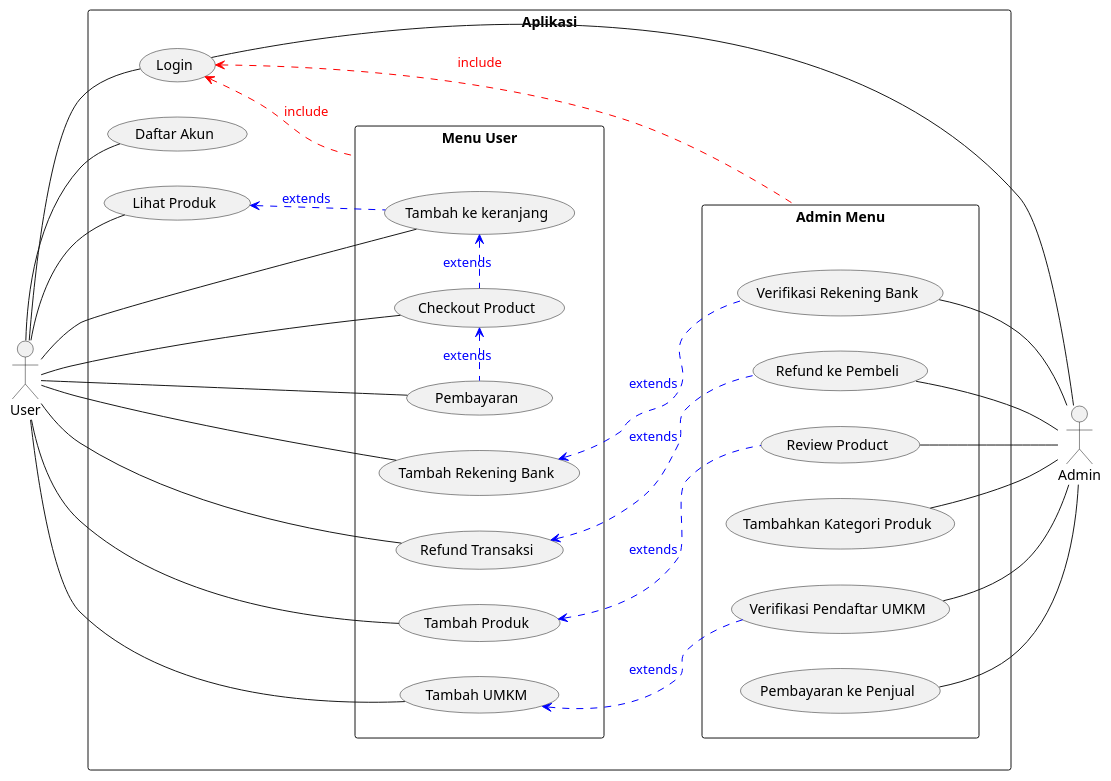
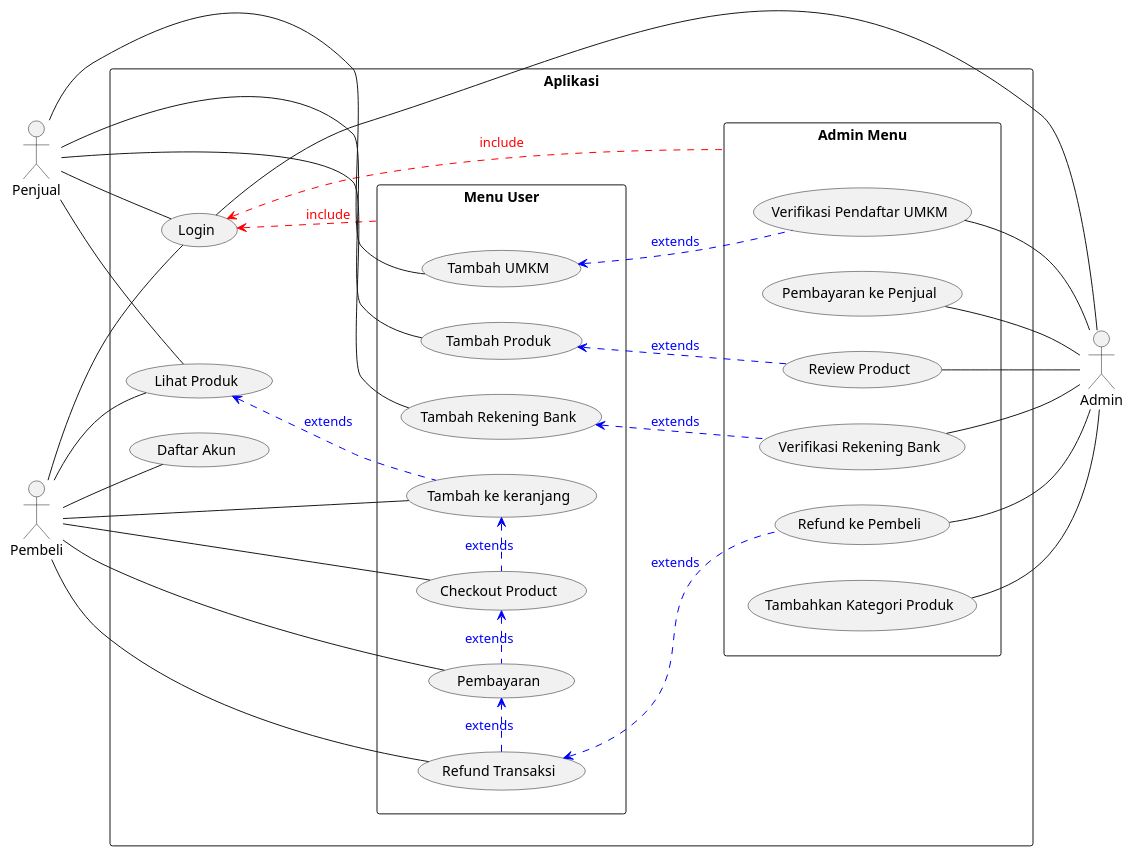
One commit to vithiaz/ecomm_UMKM_tomohon changed the diagram in diagrams/use_case.puml. Above: the diagram before and after it, drawn with PlantUML. The commit also changed 8 other files, not shown here.

```diff
--- a/diagrams/use_case.puml
+++ b/diagrams/use_case.puml
@@ -1,78 +1,82 @@
 @startuml
 
 left to right direction
 skinparam PackageStyle recangle
 
-actor User
+actor "Pembeli" as User
 actor Admin
-
+actor "Penjual" as Buyer
 
 rectangle "Aplikasi" as app {
 
     rectangle "Admin Menu" as admin_menu {
         usecase "Tambahkan Kategori Produk" as addProductCategory
         usecase "Verifikasi Pendaftar UMKM" as verifyUmkmRegistration
         usecase "Verifikasi Rekening Bank" as verifyBankAccount
         usecase "Review Product" as reviewProduct
         usecase "Pembayaran ke Penjual" as paymentToSeller
         usecase "Refund ke Pembeli" as refundToBuyer
     }
 
-    usecase Login
 
     rectangle "Menu User" as user_menu {
         usecase "Tambah ke keranjang" as addToCart
         usecase "Checkout Product" as checkoutProduct
         usecase "Pembayaran" as userPayment
         usecase "Tambah Produk" as addProduct
         usecase "Tambah UMKM" as addUMKM
         usecase "Tambah Rekening Bank" as addBankAccount
         usecase "Refund Transaksi" as refundTransaction
     }
 
+    usecase Login
     usecase "Daftar Akun" as registerAccount
     usecase "Lihat Produk" as seeProduct
 
 
 
 }
 
 
 
 
 ' Flow
 
-User -- Login
-Login -- Admin
+Login -right- Admin
+User -down- Login
+Buyer -down- Login
 
 ' admin_menu .> Login #line:red;text:red; : include
-Login <.down. admin_menu #line:red;text:red; : include
-Login <.down. user_menu #line:red;text:red; : include
+Login <.. admin_menu #line:red;text:red; : include
+Login <.. user_menu #line:red;text:red; : include
 
 addProductCategory -- Admin
 verifyUmkmRegistration -- Admin
 verifyBankAccount -- Admin
 reviewProduct -- Admin
 paymentToSeller -- Admin
 refundToBuyer -- Admin
 
-User -- refundTransaction
-User -- registerAccount
-User -- seeProduct
 User -- addToCart
 User -- checkoutProduct
 User -- userPayment
-User -- addUMKM
-User -- addBankAccount
-User -- addProduct
+User -- refundTransaction
+User -- registerAccount
+User -right- seeProduct
+
+Buyer -- addUMKM
+Buyer -- addBankAccount
+Buyer -- addProduct
+Buyer -- seeProduct
 
 seeProduct <.down. addToCart #line:blue;text:blue; : extends
 addToCart <. checkoutProduct #line:blue;text:blue; : extends
 checkoutProduct <. userPayment #line:blue;text:blue; : extends
 
 addUMKM <.down. verifyUmkmRegistration #line:blue;text:blue; : extends
 addBankAccount <. verifyBankAccount #line:blue;text:blue; : extends
 addProduct <. reviewProduct #line:blue;text:blue; : extends
+refundTransaction .> userPayment #line:blue;text:blue; : extends
 refundTransaction <. refundToBuyer #line:blue;text:blue; : extends
 
 @enduml
```
